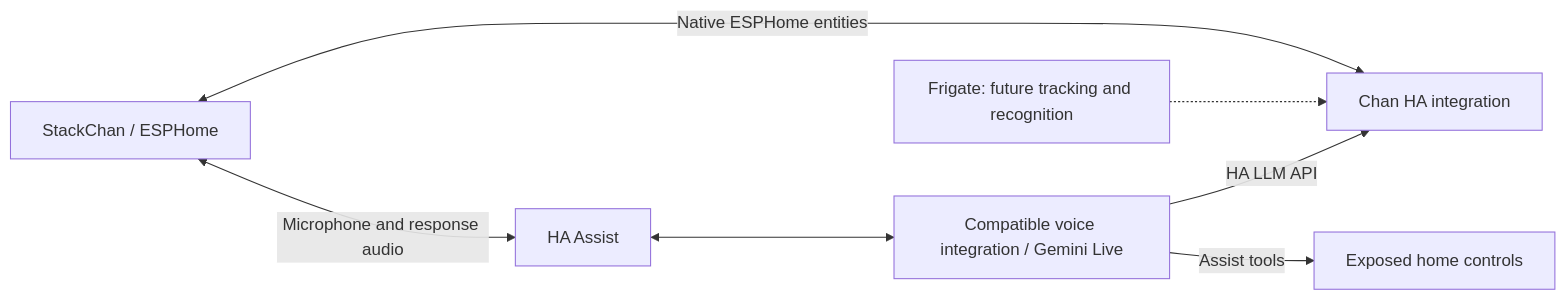
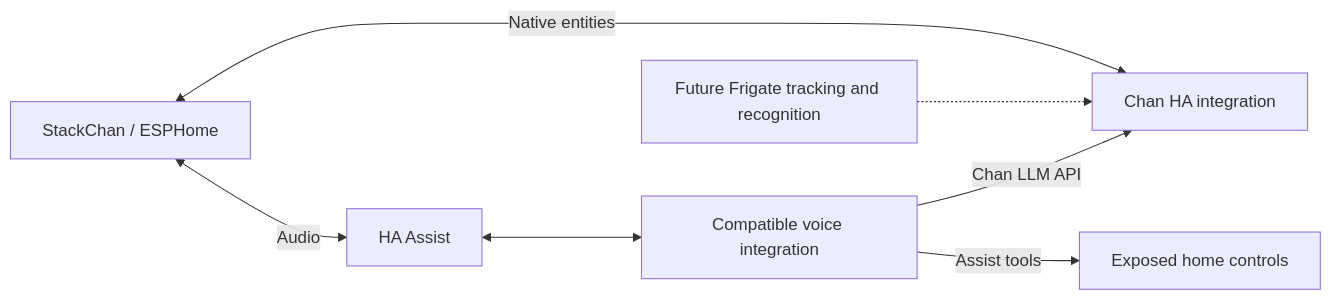
Before and after one commit to alexeyzel/chan-home-assistant: the diagram in README.md, drawn with Mermaid. The commit also changed other lines of this file and 12 other files, not shown here.

````diff
--- a/README.md
+++ b/README.md
@@ -13,9 +124,9 @@
 ```mermaid
 flowchart LR
-    Robot[StackChan / ESPHome] <-->|Native ESPHome entities| Chan[Chan HA integration]
-    Robot <-->|Microphone and response audio| Assist[HA Assist]
-    Assist <--> Voice[Compatible voice integration / Gemini Live]
-    Voice -->|HA LLM API| Chan
+    Robot[StackChan / ESPHome] <-->|Native entities| Chan[Chan HA integration]
+    Robot <-->|Audio| Assist[HA Assist]
+    Assist <--> Voice[Compatible voice integration]
+    Voice -->|Chan LLM API| Chan
     Voice -->|Assist tools| Home[Exposed home controls]
-    Frigate[Frigate: future tracking and recognition] -.-> Chan
+    Frigate[Future Frigate tracking and recognition] -.-> Chan
 ```
````
